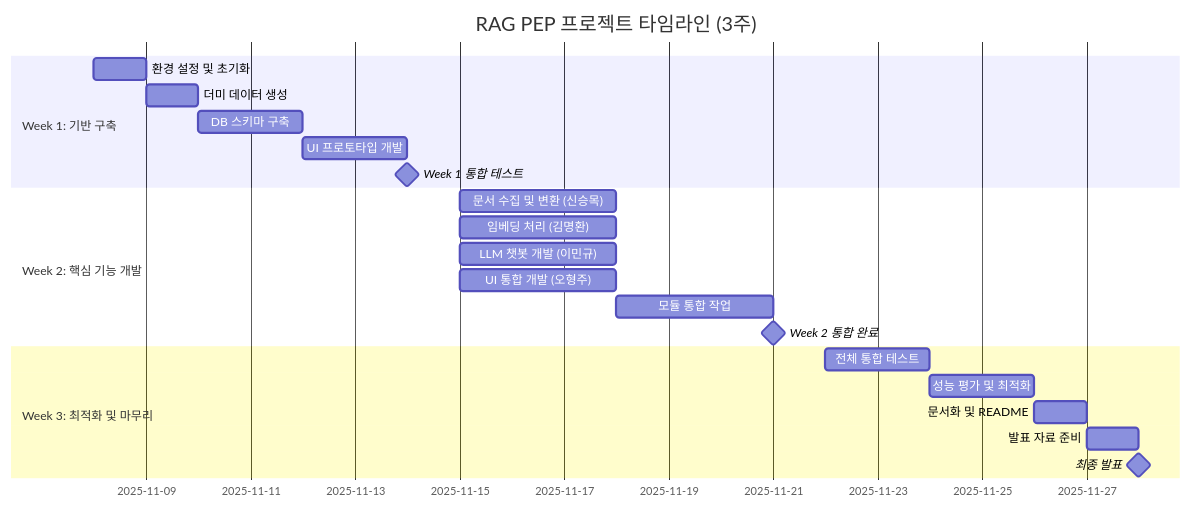
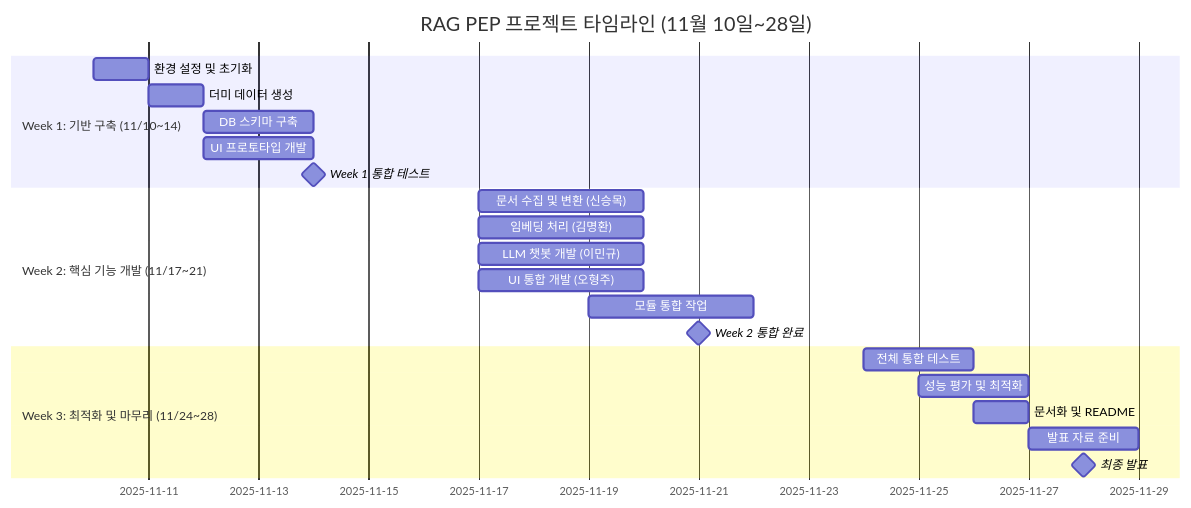
One commit to c0z0c/codeit_ai_g2b_search changed the first of 4 diagrams in README.md. Above: the diagram before and after it, drawn with Mermaid. The commit also changed 1 other file, not shown here.

Commit message:
일정오류 수정

````diff
--- a/README.md
+++ b/README.md
@@ -24,27 +24,27 @@
 ```mermaid
 gantt
-    title RAG PEP 프로젝트 타임라인 (3주)
+    title RAG PEP 프로젝트 타임라인 (11월 10일~28일)
     dateFormat  YYYY-MM-DD
-    
-    section Week 1: 기반 구축
-    환경 설정 및 초기화        :w1d1, 2025-11-08, 1d
-    더미 데이터 생성           :w1d2, after w1d1, 1d
-    DB 스키마 구축             :w1d3, after w1d2, 2d
-    UI 프로토타입 개발         :w1d4, after w1d3, 2d
-    Week 1 통합 테스트         :milestone, m1, after w1d4, 0d
-    
-    section Week 2: 핵심 기능 개발
-    문서 수집 및 변환 (신승목) :w2d1, 2025-11-15, 3d
-    임베딩 처리 (김명환)       :w2d2, 2025-11-15, 3d
-    LLM 챗봇 개발 (이민규)     :w2d3, 2025-11-15, 3d
-    UI 통합 개발 (오형주)      :w2d4, 2025-11-15, 3d
-    모듈 통합 작업              :w2d5, after w2d1, 3d
-    Week 2 통합 완료            :milestone, m2, after w2d5, 0d
-    
-    section Week 3: 최적화 및 마무리
-    전체 통합 테스트           :w3d1, 2025-11-22, 2d
-    성능 평가 및 최적화        :w3d2, after w3d1, 2d
-    문서화 및 README           :w3d3, after w3d2, 1d
-    발표 자료 준비             :w3d4, after w3d3, 1d
+
+    section Week 1: 기반 구축 (11/10~14)
+    환경 설정 및 초기화        :w1d1, 2025-11-10, 1d
+    더미 데이터 생성           :w1d2, 2025-11-11, 1d
+    DB 스키마 구축             :w1d3, 2025-11-12, 2d
+    UI 프로토타입 개발         :w1d4, 2025-11-12, 2d
+    Week 1 통합 테스트         :milestone, m1, 2025-11-14, 0d
+
+    section Week 2: 핵심 기능 개발 (11/17~21)
+    문서 수집 및 변환 (신승목) :w2d1, 2025-11-17, 3d
+    임베딩 처리 (김명환)       :w2d2, 2025-11-17, 3d
+    LLM 챗봇 개발 (이민규)     :w2d3, 2025-11-17, 3d
+    UI 통합 개발 (오형주)      :w2d4, 2025-11-17, 3d
+    모듈 통합 작업              :w2d5, 2025-11-19, 3d
+    Week 2 통합 완료            :milestone, m2, 2025-11-21, 0d
+
+    section Week 3: 최적화 및 마무리 (11/24~28)
+    전체 통합 테스트           :w3d1, 2025-11-24, 2d
+    성능 평가 및 최적화        :w3d2, 2025-11-25, 2d
+    문서화 및 README           :w3d3, 2025-11-26, 1d
+    발표 자료 준비             :w3d4, 2025-11-27, 2d
     최종 발표                  :milestone, m3, 2025-11-28, 0d
 ```
````
